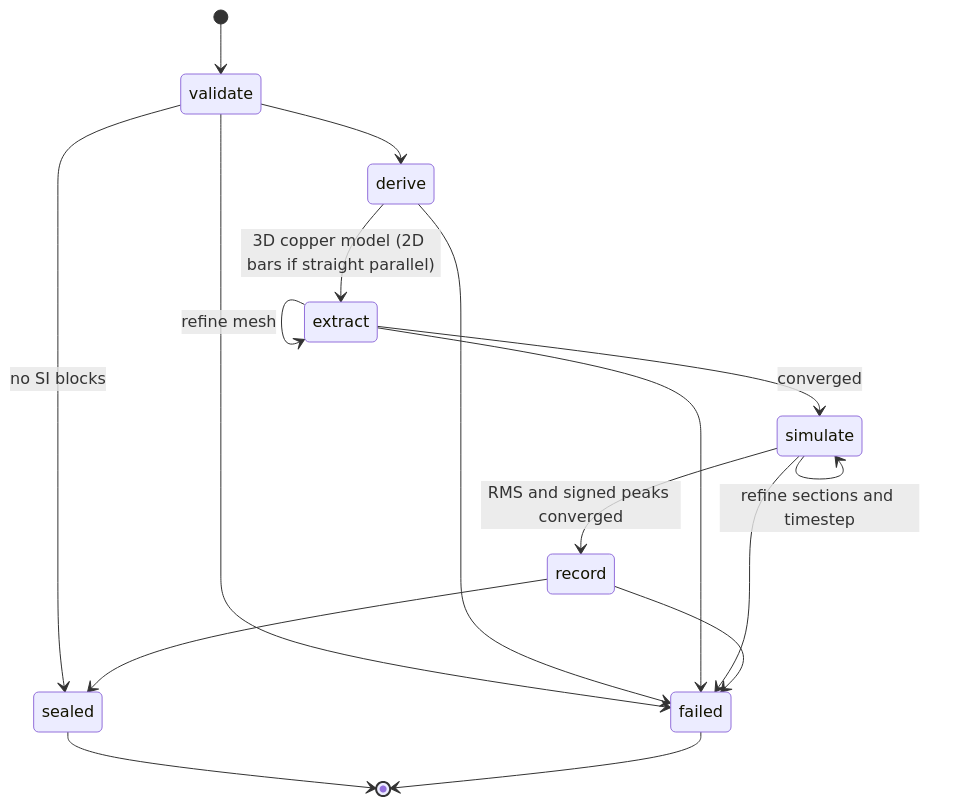
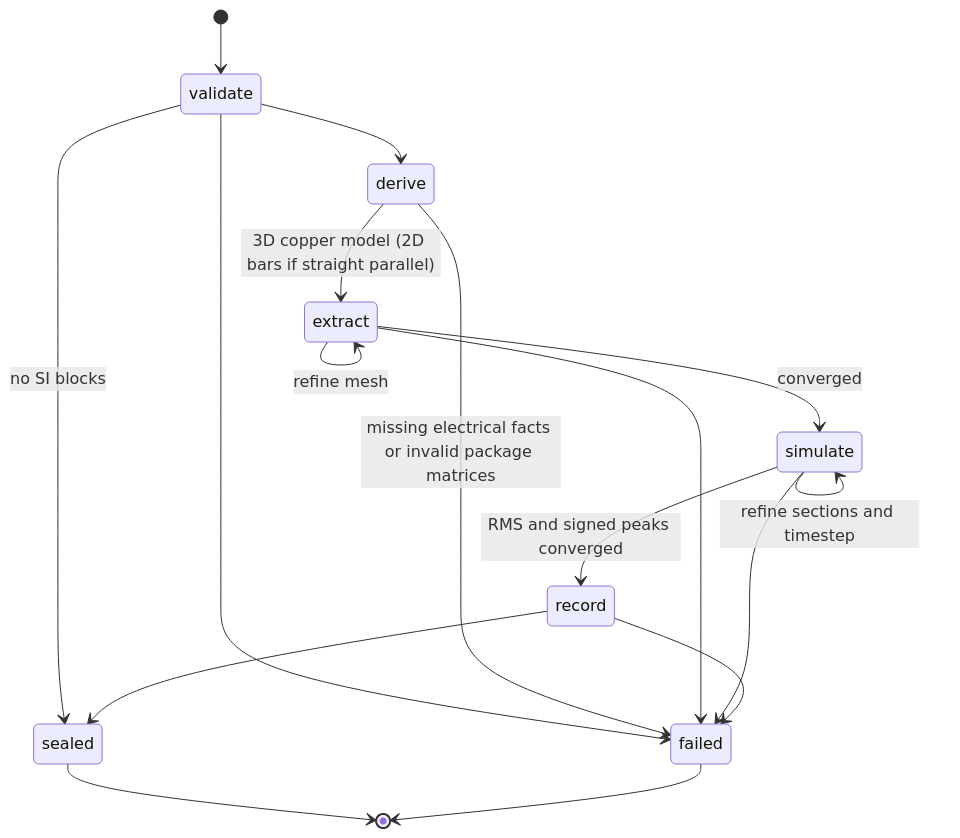
Before and after one commit to tscircuit/pcb-spice-pipeline: the second of 2 diagrams in README.md, drawn with Mermaid. The commit also changed other lines of this file and 15 other files, not shown here.

Commit message:
feat: parse and realize passive coupled IBIS package matrices

````diff
--- a/README.md
+++ b/README.md
@@ -85,19 +89,19 @@
 ```mermaid
 stateDiagram-v2
   [*] --> validate
   validate --> derive
   validate --> sealed: no SI blocks
   derive --> extract: 3D copper model (2D bars if straight parallel)
   extract --> extract: refine mesh
   extract --> simulate: converged
   simulate --> simulate: refine sections and timestep
   simulate --> record: RMS and signed peaks converged
   record --> sealed
   validate --> failed
-  derive --> failed
+  derive --> failed: missing electrical facts or invalid package matrices
   extract --> failed
   simulate --> failed
   record --> failed
   sealed --> [*]
   failed --> [*]
 ```
````
